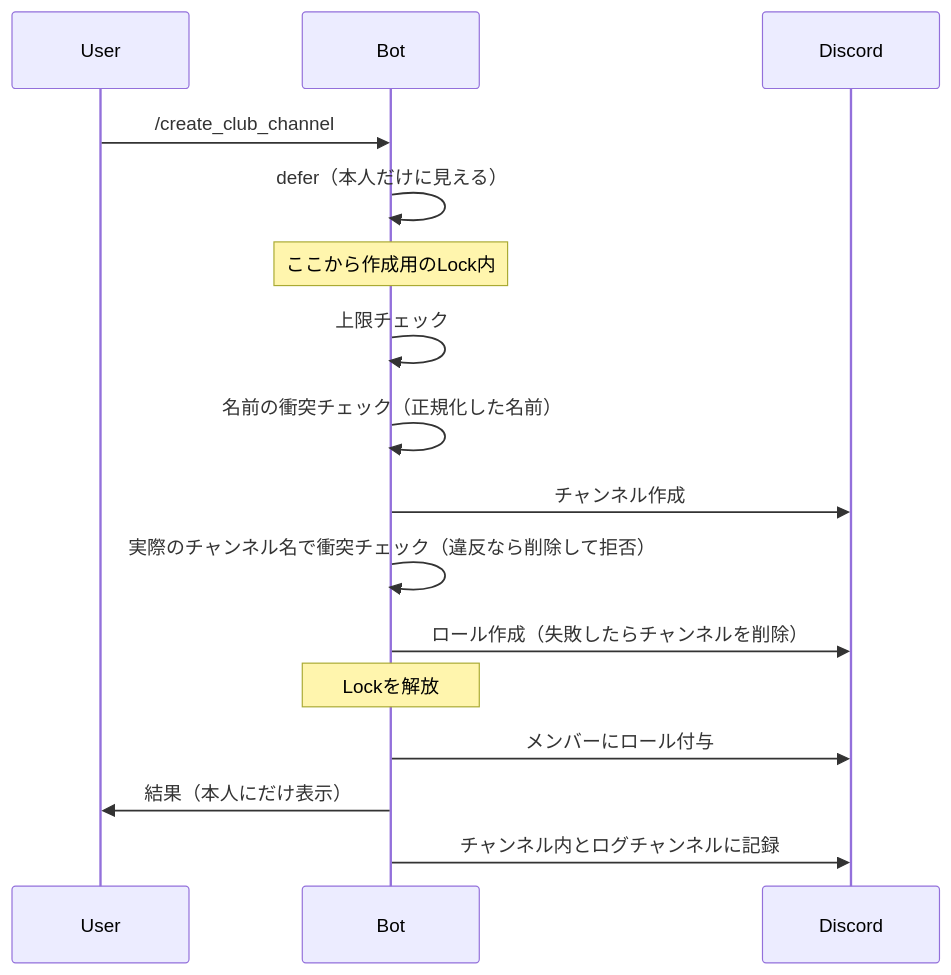
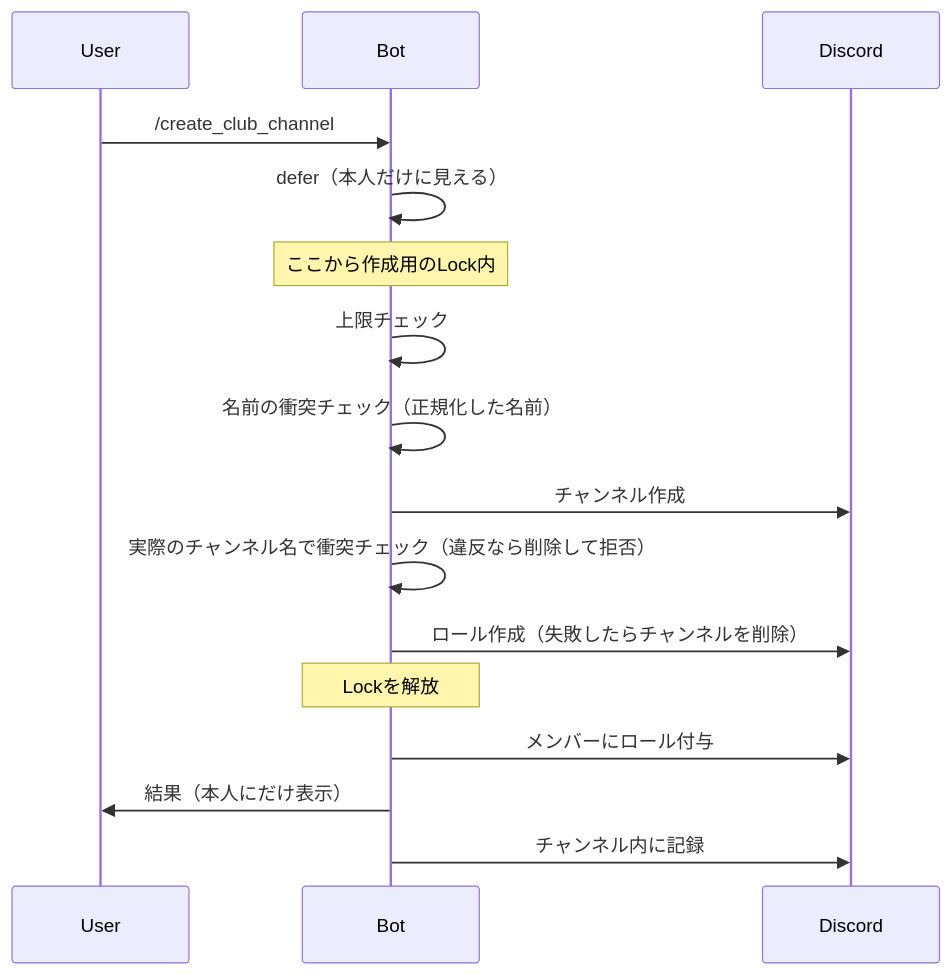
Before and after one commit to TECH-C-InTech/intech-discord-bot: the diagram in docs/CLUB_CHANNEL.md, drawn with Mermaid. The commit also changed other lines of this file and 18 other files, not shown here.

````diff
--- a/docs/CLUB_CHANNEL.md
+++ b/docs/CLUB_CHANNEL.md
@@ -93,19 +92,19 @@
 ```mermaid
 sequenceDiagram
     participant User
     participant Bot
     participant Discord
 
     User->>Bot: /create_club_channel
     Bot->>Bot: defer（本人だけに見える）
     Note over Bot: ここから作成用のLock内
     Bot->>Bot: 上限チェック
     Bot->>Bot: 名前の衝突チェック（正規化した名前）
     Bot->>Discord: チャンネル作成
     Bot->>Bot: 実際のチャンネル名で衝突チェック（違反なら削除して拒否）
     Bot->>Discord: ロール作成（失敗したらチャンネルを削除）
     Note over Bot: Lockを解放
     Bot->>Discord: メンバーにロール付与
     Bot->>User: 結果（本人にだけ表示）
-    Bot->>Discord: チャンネル内とログチャンネルに記録
+    Bot->>Discord: チャンネル内に記録
 ```
````
